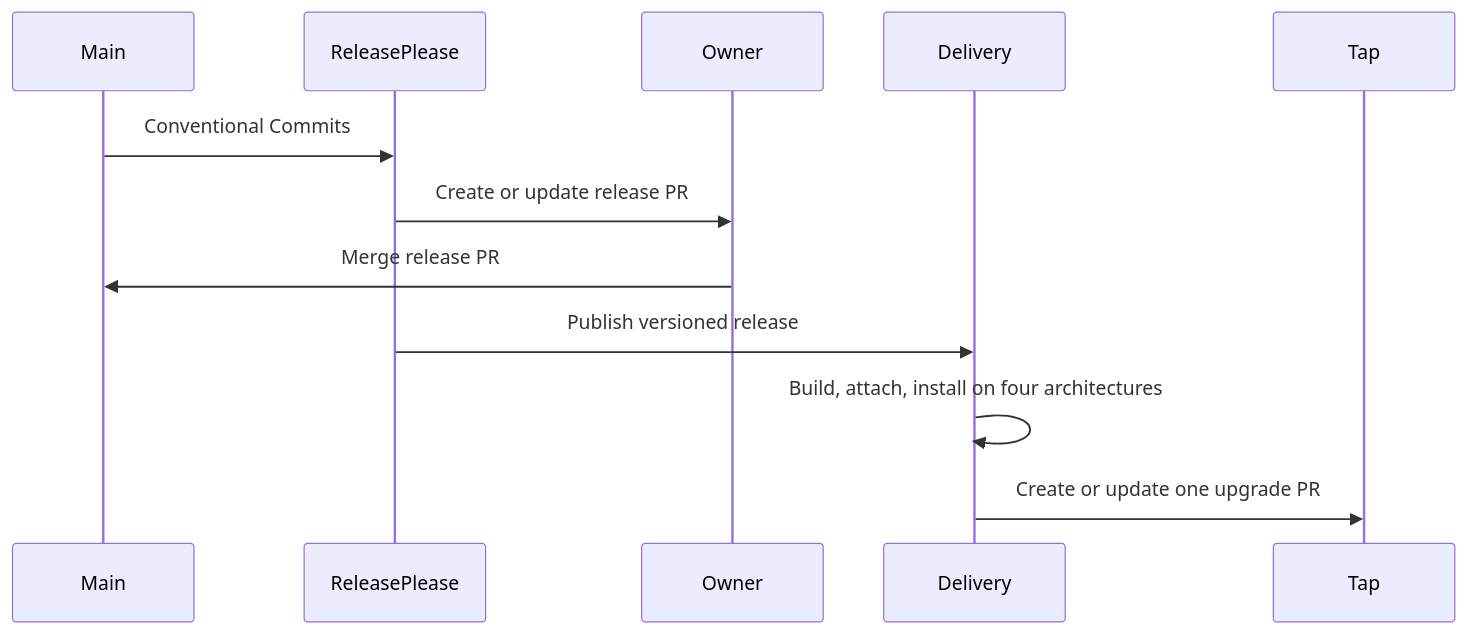
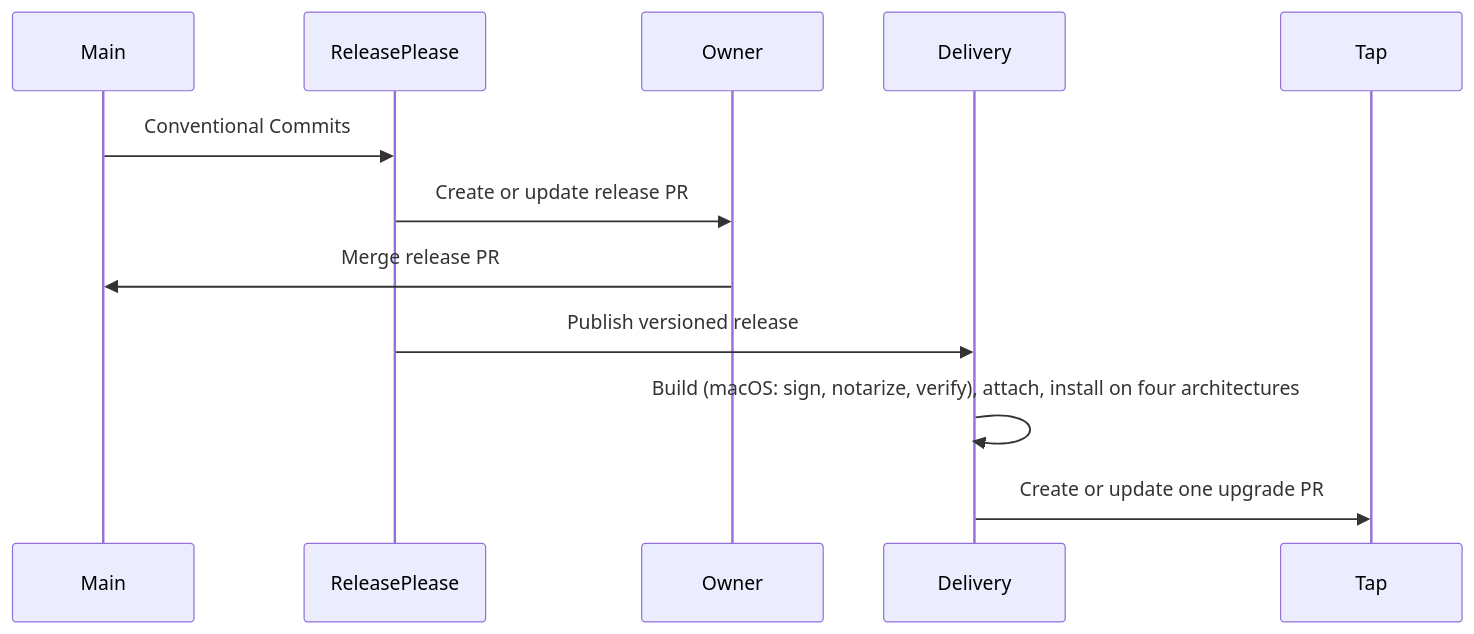
The third of 4 diagrams in apps/tauri/README.md (vymalo/another-agentic-system), drawn with Mermaid before and after one commit. The commit also changed other lines of this file and 8 other files, not shown here.

Commit message:
fix(release): sign and verify Apple app bundles before delivery

````diff
--- a/apps/tauri/README.md
+++ b/apps/tauri/README.md
@@ -114,14 +114,14 @@
 ```mermaid
 sequenceDiagram
   participant Main
   participant ReleasePlease
   participant Owner
   participant Delivery
   participant Tap
   Main->>ReleasePlease: Conventional Commits
   ReleasePlease->>Owner: Create or update release PR
   Owner->>Main: Merge release PR
   ReleasePlease->>Delivery: Publish versioned release
-  Delivery->>Delivery: Build, attach, install on four architectures
+  Delivery->>Delivery: Build (macOS: sign, notarize, verify), attach, install on four architectures
   Delivery->>Tap: Create or update one upgrade PR
 ```
````
